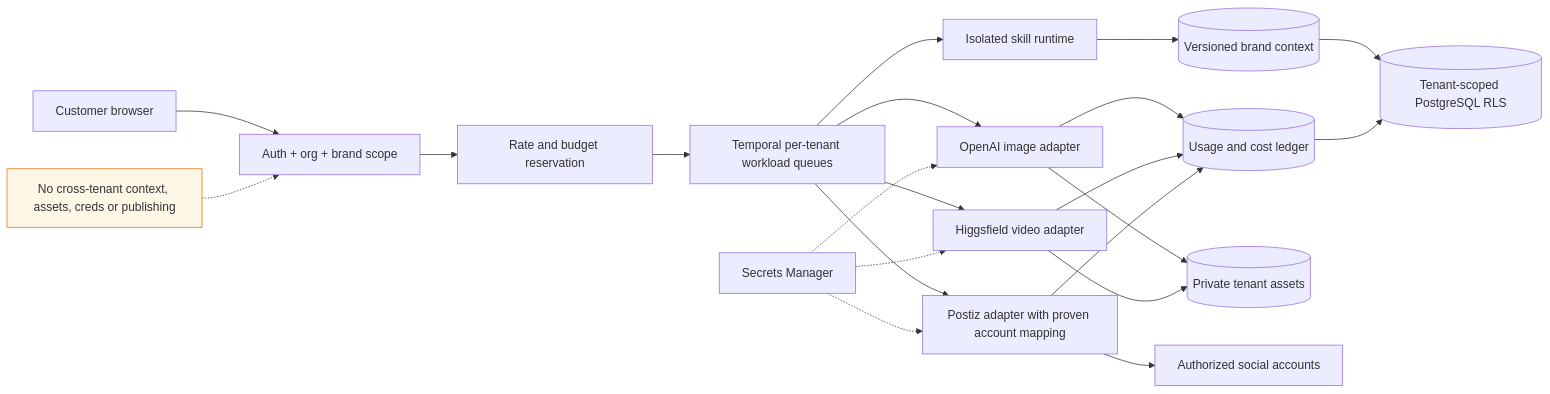
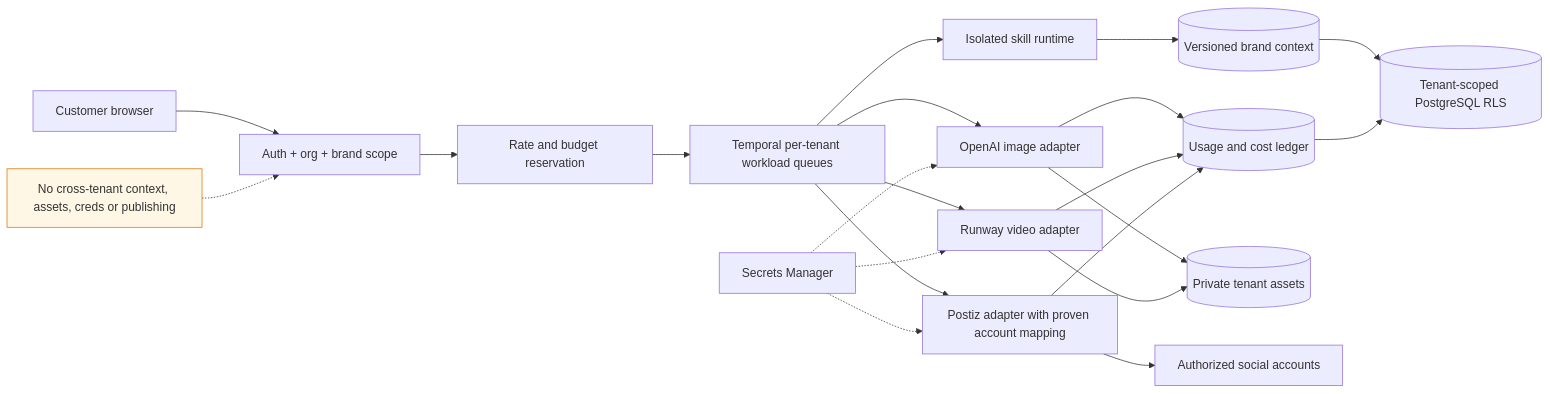
Diagram 13 of 13 in ARCHITECTURE.md (fxunlockdev/Marketingdev), drawn with Mermaid before and after one commit. The commit also changed other lines of this file and 33 other files, not shown here.

````diff
--- a/ARCHITECTURE.md
+++ b/ARCHITECTURE.md
@@ -443,25 +443,25 @@
 ```mermaid
 flowchart LR
   browser[Customer browser] --> edge[Auth + org + brand scope]
   edge --> quota[Rate and budget reservation]
   quota --> queue[Temporal per-tenant workload queues]
   queue --> skill[Isolated skill runtime]
   queue --> image[OpenAI image adapter]
-  queue --> video[Higgsfield video adapter]
+  queue --> video[Runway video adapter]
   queue --> publish[Postiz adapter with proven account mapping]
   skill --> facts[(Versioned brand context)]
   image --> ledger[(Usage and cost ledger)]
   video --> ledger
   publish --> ledger
   facts --> db[(Tenant-scoped PostgreSQL RLS)]
   ledger --> db
   image --> media[(Private tenant assets)]
   video --> media
   publish --> remote[Authorized social accounts]
   vault[Secrets Manager] -.-> image
   vault -.-> video
   vault -.-> publish
   policy[No cross-tenant context, assets, creds or publishing] -.-> edge
   classDef warn fill:#fff7e6,stroke:#d97706;
   class policy warn;
 ```
````
